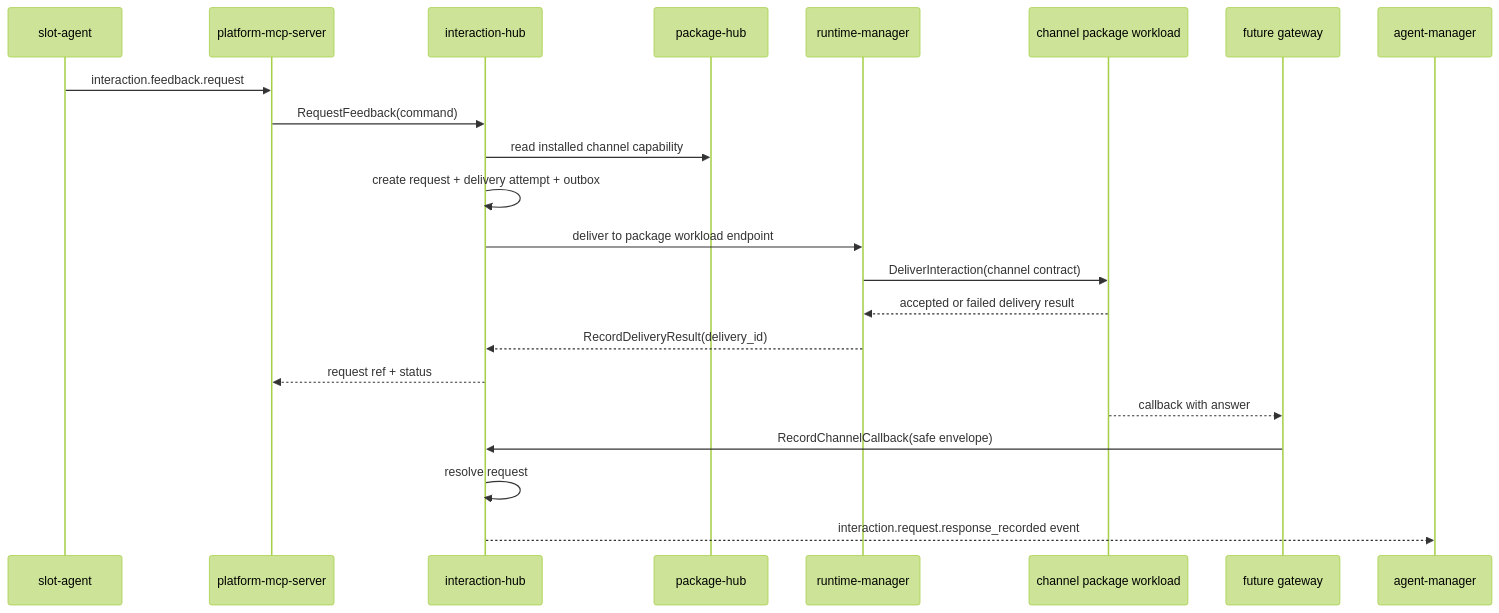
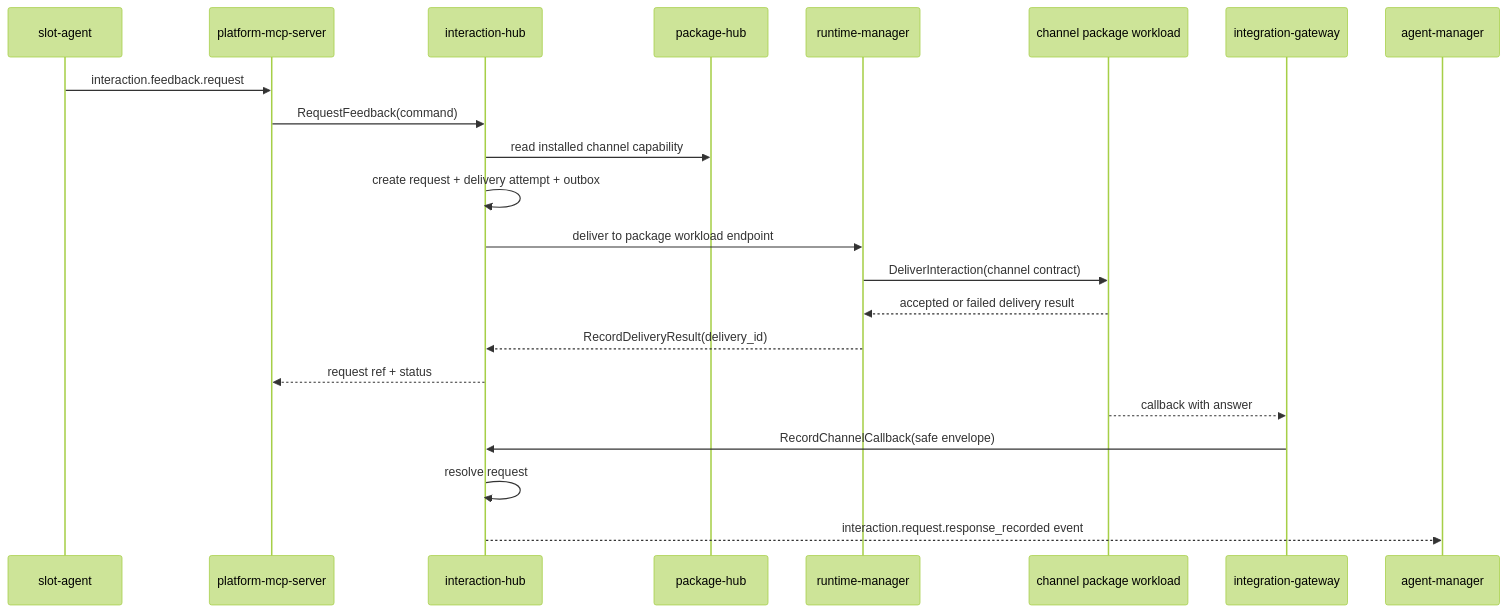
The first of 4 diagrams in docs/domains/interaction-hub/architecture/design.md (codex-k8s/kodex), drawn with Mermaid (forest theme) before and after one commit. The commit also changed other lines of this file and 25 other files, not shown here.

Commit message:
Document integration gateway IGW-0

````diff
--- a/docs/domains/interaction-hub/architecture/design.md
+++ b/docs/domains/interaction-hub/architecture/design.md
@@ -83,24 +83,24 @@
 ```mermaid
 sequenceDiagram
   participant Runner as slot-agent
   participant MCP as platform-mcp-server
   participant IH as interaction-hub
   participant PKG as package-hub
   participant R as runtime-manager
   participant CH as channel package workload
-  participant GW as future gateway
+  participant GW as integration-gateway
   participant AM as agent-manager
   Runner->>MCP: interaction.feedback.request
   MCP->>IH: RequestFeedback(command)
   IH->>PKG: read installed channel capability
   IH->>IH: create request + delivery attempt + outbox
   IH->>R: deliver to package workload endpoint
   R->>CH: DeliverInteraction(channel contract)
   CH-->>R: accepted or failed delivery result
   R-->>IH: RecordDeliveryResult(delivery_id)
   IH-->>MCP: request ref + status
   CH-->>GW: callback with answer
   GW->>IH: RecordChannelCallback(safe envelope)
   IH->>IH: resolve request
   IH-->>AM: interaction.request.response_recorded event
 ```
````
